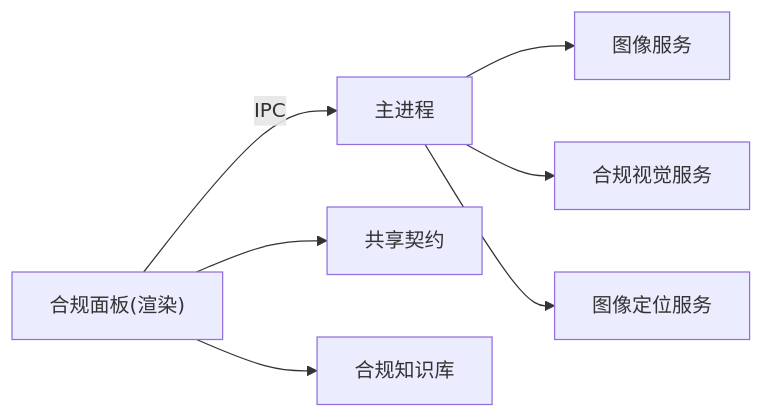
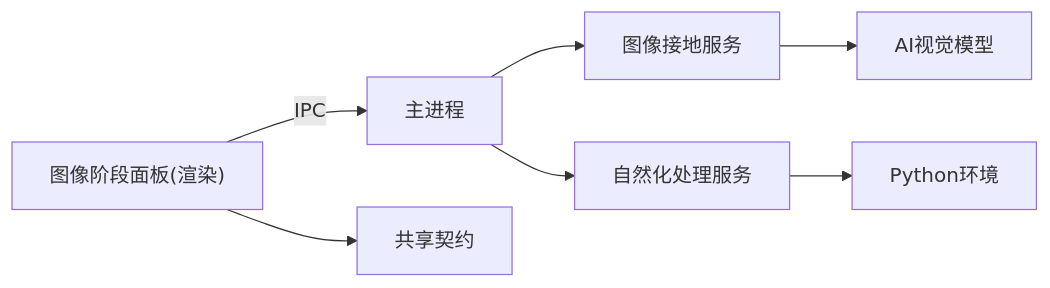
One commit to iljahofbauer219-lang/yandu changed the fourth of 4 diagrams in .qoder/repowiki/zh/content/用户界面组件/视觉合规面板/视觉合规面板.md. Above: the diagram before and after it, drawn with Mermaid. The commit also changed other lines of this file and 3071 other files, not shown here.

````diff
--- a/.qoder/repowiki/zh/content/用户界面组件/视觉合规面板/视觉合规面板.md
+++ b/.qoder/repowiki/zh/content/用户界面组件/视觉合规面板/视觉合规面板.md
@@ -237,9 +223,9 @@
 ```mermaid
 graph LR
-Panel["合规面板(渲染)"] --> |IPC| Main["主进程"]
-Main --> ImgSvc["图像服务"]
-Main --> VisionSvc["合规视觉服务"]
-Main --> GroundingSvc["图像定位服务"]
+Panel["图像阶段面板(渲染)"] --> |IPC| Main["主进程"]
+Main --> GroundingSvc["图像接地服务"]
+Main --> RealShiftSvc["自然化处理服务"]
 Panel --> Contracts["共享契约"]
-Panel --> Knowledge["合规知识库"]
+GroundingSvc --> AIModels["AI视觉模型"]
+RealShiftSvc --> PythonEnv["Python环境"]
 ```
````
